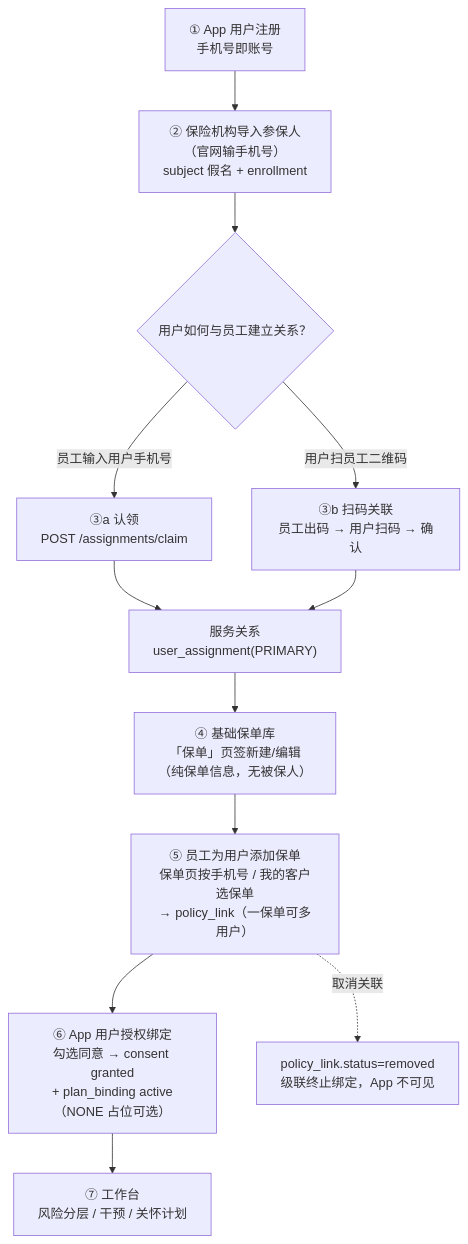
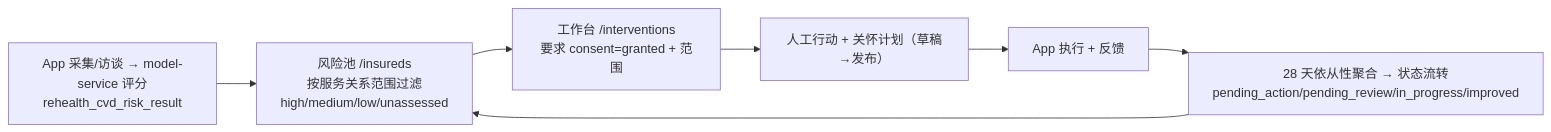
The seventh of 7 diagrams in docs/保险侧服务关系与扫码关联.md (wjmlong/rehealth_tongbu), drawn with Mermaid before and after one commit. The commit also changed other lines of this file and 4 other files, not shown here.

````diff
--- a/docs/保险侧服务关系与扫码关联.md
+++ b/docs/保险侧服务关系与扫码关联.md
@@ -799,14 +141,9 @@
 ```mermaid
-flowchart TD
-    A["① App 用户注册<br>手机号即账号"] --> B["② 保险机构导入参保人<br>（官网输手机号）<br>subject 假名 + enrollment"]
-    B --> C{"用户如何与员工建立关系？"}
-    C -->|"员工输入用户手机号"| D["③a 认领<br>POST /assignments/claim"]
-    C -->|"用户扫员工二维码"| E["③b 扫码关联<br>员工出码 → 用户扫码 → 确认"]
-    D --> F["服务关系<br>user_assignment(PRIMARY)"]
-    E --> F
-    F --> G["④ 基础保单库<br>「保单」页签新建/编辑<br>（纯保单信息，无被保人）"]
-    G --> H["⑤ 员工为用户添加保单<br>保单页按手机号 / 我的客户选保单<br>→ policy_link（一保单可多用户）"]
-    H --> I["⑥ App 用户授权绑定<br>勾选同意 → consent granted<br>+ plan_binding active（NONE 占位可选）"]
-    I --> J["⑦ 工作台<br>风险分层 / 干预 / 关怀计划"]
-    H -.->|"取消关联"| K["policy_link.status=removed<br>级联终止绑定，App 不可见"]
+flowchart LR
+    A["App 采集/访谈 → model-service 评分<br>rehealth_cvd_risk_result"] --> B["风险池 /insureds<br>按服务关系范围过滤<br>high/medium/low/unassessed"]
+    B --> C["工作台 /interventions<br>要求 consent=granted + 范围"]
+    C --> D["人工行动 + 关怀计划（草稿→发布）"]
+    D --> E["App 执行 + 反馈"]
+    E --> F["28 天依从性聚合 → 状态流转<br>pending_action/pending_review/in_progress/improved"]
+    F --> B
 ```
````
